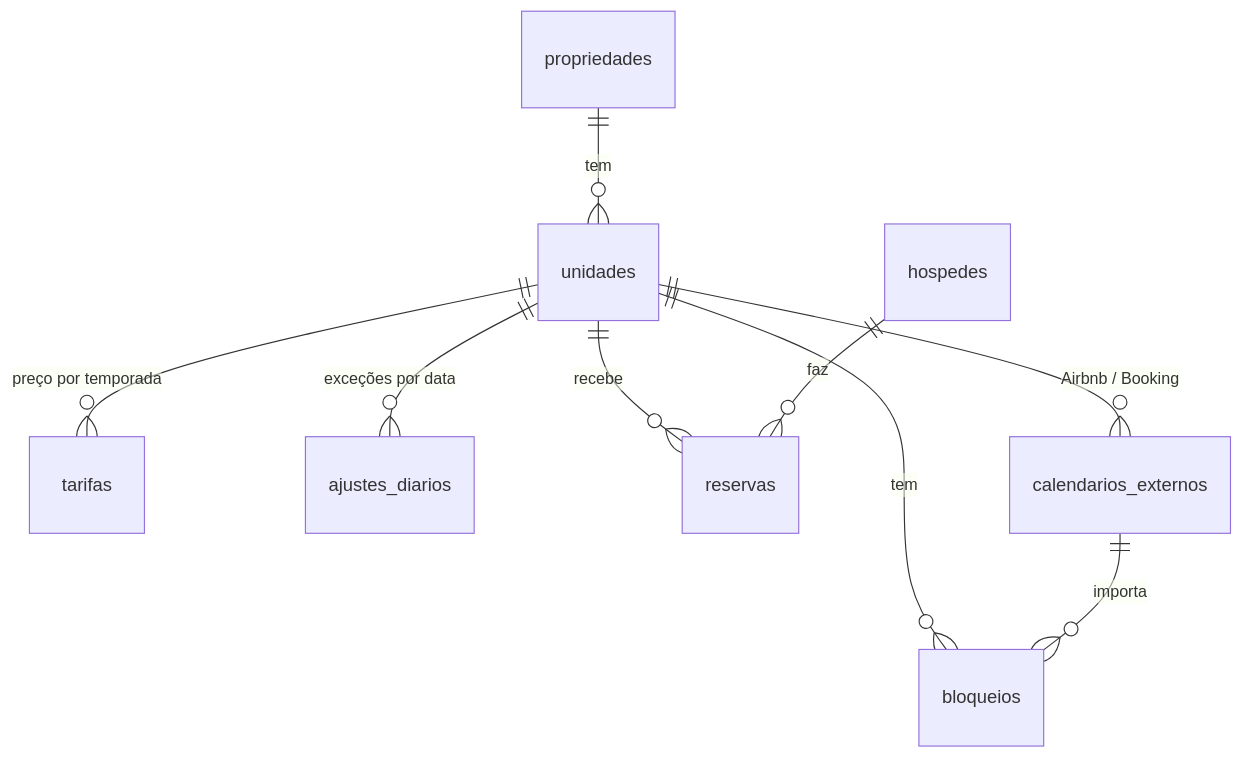
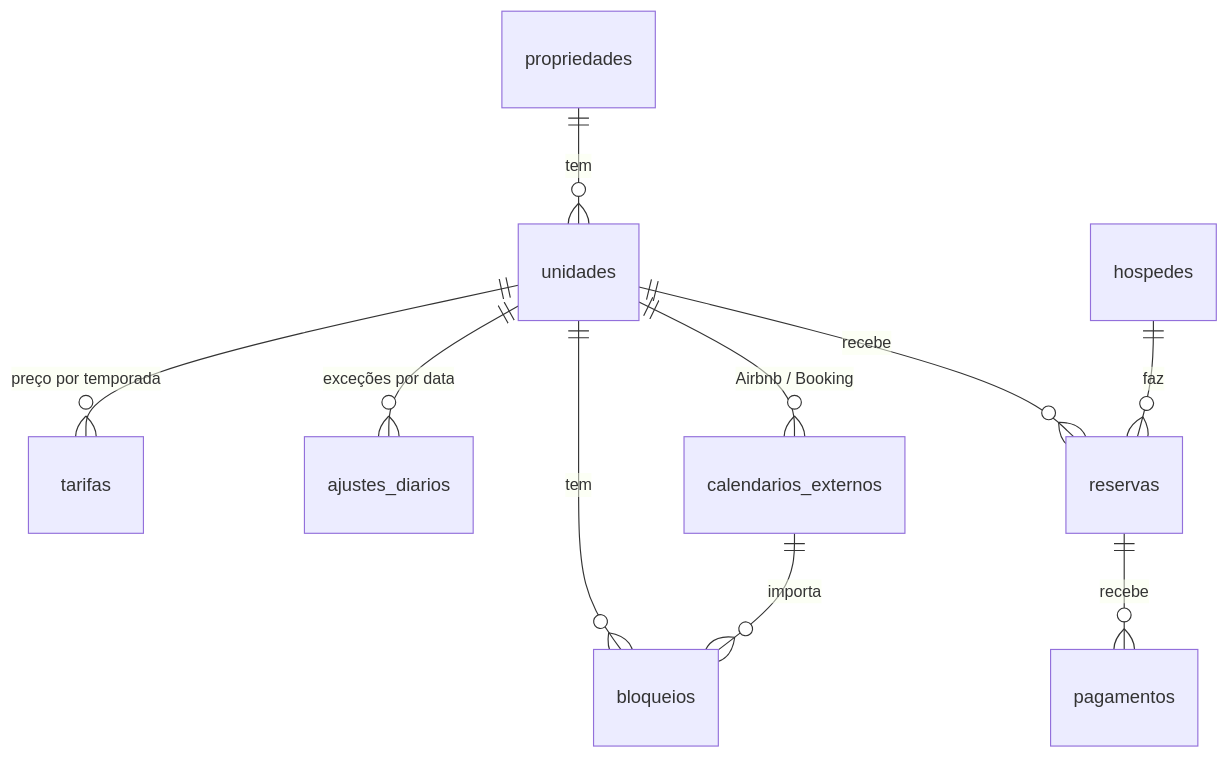
The diagram in site/database/README.md (AlvesBhz/solar-platform), drawn with Mermaid before and after one commit. The commit also changed other lines of this file and 4 other files, not shown here.

First line of the commit message:
Banco de reservas: aplica as decisões do proprietário e adiciona pagamentos

````diff
--- a/site/database/README.md
+++ b/site/database/README.md
@@ -27,11 +27,12 @@
 ```mermaid
 erDiagram
     propriedades ||--o{ unidades : tem
     unidades ||--o{ tarifas : "preço por temporada"
     unidades ||--o{ ajustes_diarios : "exceções por data"
     unidades ||--o{ reservas : recebe
     unidades ||--o{ bloqueios : tem
     unidades ||--o{ calendarios_externos : "Airbnb / Booking"
     calendarios_externos ||--o{ bloqueios : importa
     hospedes ||--o{ reservas : faz
+    reservas ||--o{ pagamentos : recebe
 ```
````
